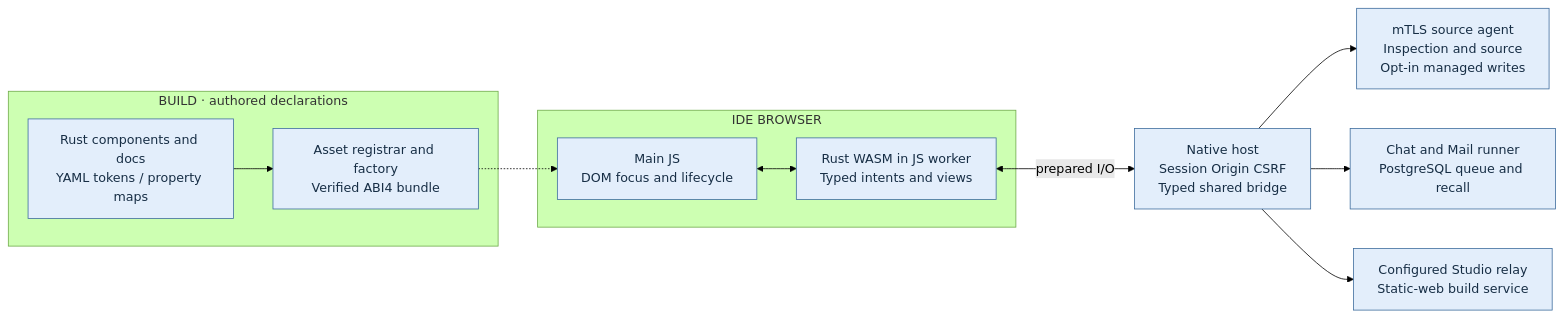
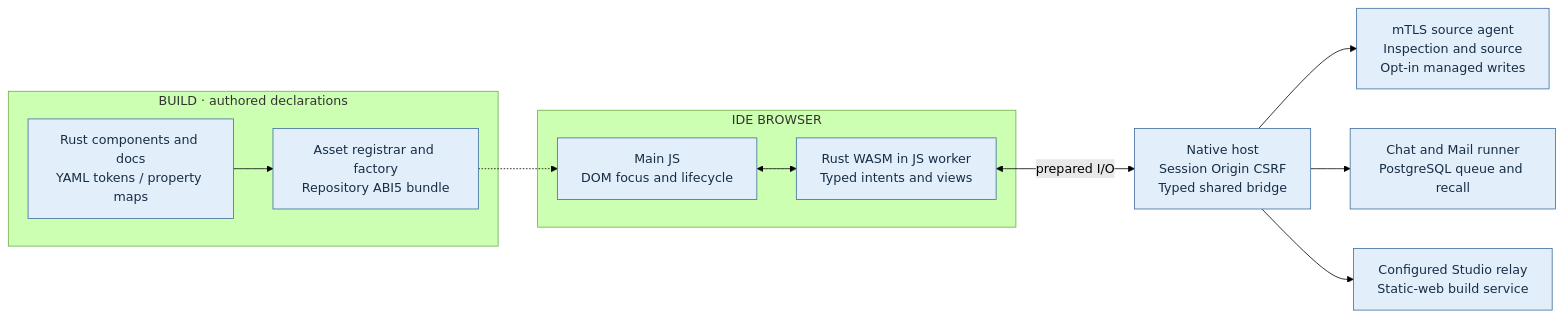
Before and after one commit to roachmaster/homelab: the diagram in docs/architecture/diagrams/mermaid/m25-ui-implementation.mmd, drawn with Mermaid (forest theme). The commit also changed 53 other files, not shown here.

```diff
--- a/docs/architecture/diagrams/mermaid/m25-ui-implementation.mmd
+++ b/docs/architecture/diagrams/mermaid/m25-ui-implementation.mmd
@@ -1,22 +1,22 @@
 flowchart LR
   subgraph build["BUILD · authored declarations"]
     author["Rust components and docs<br/>YAML tokens / property maps"]
-    gen["Asset registrar and factory<br/>Verified ABI4 bundle"]
+    gen["Asset registrar and factory<br/>Repository ABI5 bundle"]
     author --> gen
   end
   subgraph browser["IDE BROWSER"]
     main["Main JS<br/>DOM focus and lifecycle"]
     worker["Rust WASM in JS worker<br/>Typed intents and views"]
     main <--> worker
   end
   host["Native host<br/>Session Origin CSRF<br/>Typed shared bridge"]
   agent["mTLS source agent<br/>Inspection and source<br/>Opt-in managed writes"]
   runner["Chat and Mail runner<br/>PostgreSQL queue and recall"]
   studio["Configured Studio relay<br/>Static-web build service"]
   gen -.-> main
   worker <-->|"prepared I/O"| host
   host --> agent
   host --> runner
   host --> studio
   classDef current fill:#e3eefb,stroke:#3d6c9d,color:#172e45
   class author,gen,main,worker,host,agent,runner,studio current
```
